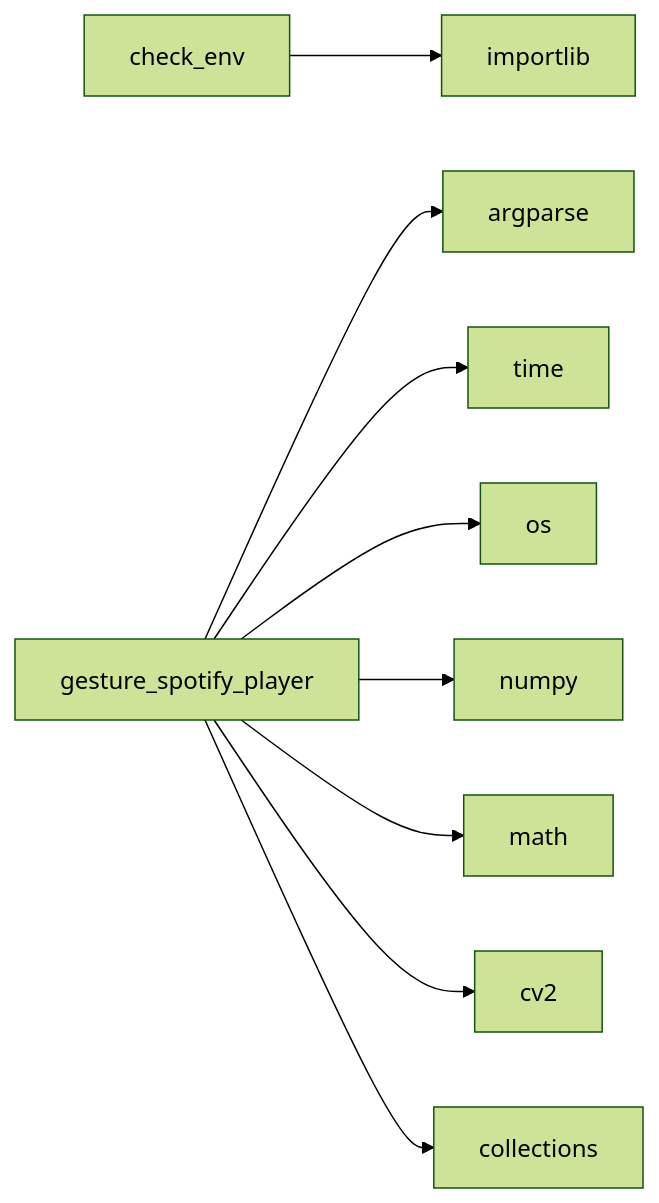
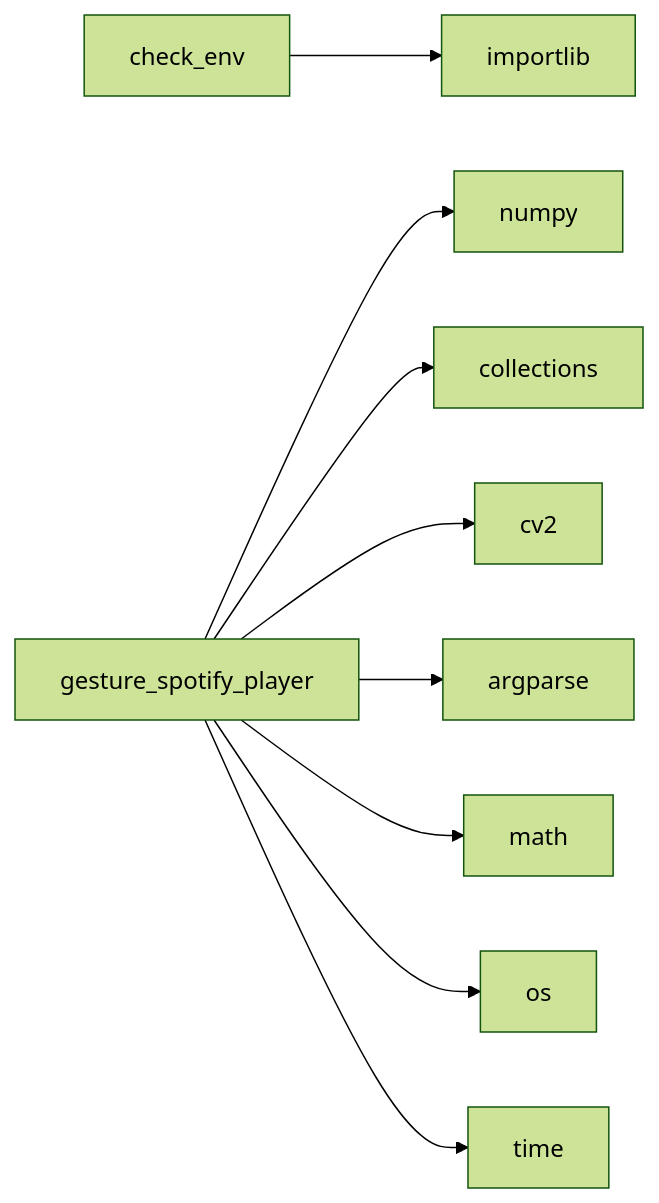
The diagram in .github/docs/dependencies.md (NITISH-R-G/PalmPlay1), drawn with Mermaid (forest theme) before and after one commit. The commit also changed other lines of this file and 2 other files, not shown here.

Commit message:
docs: update repository documentation and diagrams [skip ci]

````diff
--- a/.github/docs/dependencies.md
+++ b/.github/docs/dependencies.md
@@ -3,15 +3,15 @@
 ```mermaid
 graph LR
     check_env[check_env]
     check_env --> importlib[importlib]
     gesture_spotify_player[gesture_spotify_player]
+    gesture_spotify_player --> numpy[numpy]
+    gesture_spotify_player --> collections[collections]
+    gesture_spotify_player --> cv2[cv2]
     gesture_spotify_player --> argparse[argparse]
+    gesture_spotify_player --> math[math]
+    gesture_spotify_player --> os[os]
     gesture_spotify_player --> time[time]
-    gesture_spotify_player --> os[os]
-    gesture_spotify_player --> numpy[numpy]
-    gesture_spotify_player --> math[math]
-    gesture_spotify_player --> cv2[cv2]
-    gesture_spotify_player --> collections[collections]
     click check_env href "https://github.com/NITISH-R-G/PalmPlay1/blob/main/check_env.py" "View source code"
     click gesture_spotify_player href "https://github.com/NITISH-R-G/PalmPlay1/blob/main/gesture_spotify_player.py" "View source code"
 ```
````
